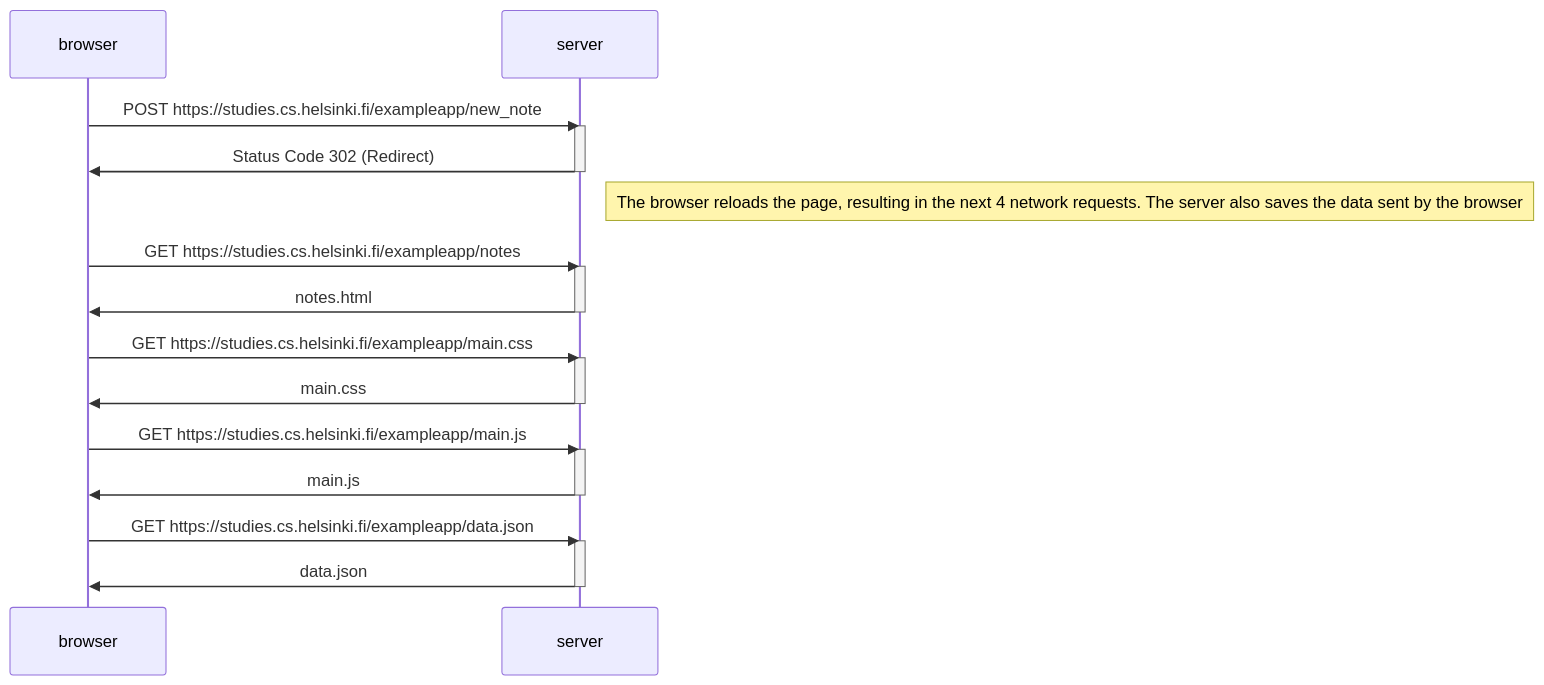
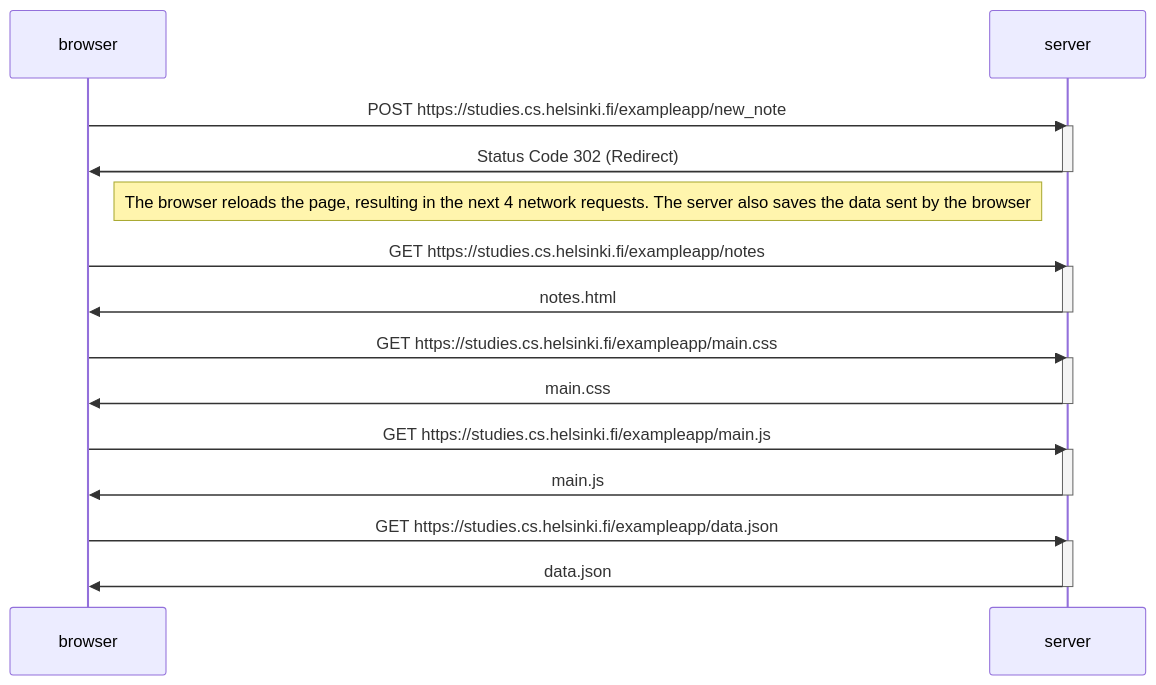
Before and after one commit to vd41702/fullstackopencourse: the diagram in part0/exercise0.4.md, drawn with Mermaid.

Commit message:
move note from right of server to left

````diff
--- a/part0/exercise0.4.md
+++ b/part0/exercise0.4.md
@@ -1,34 +1,34 @@
 ```mermaid
     sequenceDiagram
         participant browser
         participant server
 
         browser->>server: POST https://studies.cs.helsinki.fi/exampleapp/new_note
         activate server
         server->>browser: Status Code 302 (Redirect)
         deactivate server
 
-        Note right of server: The browser reloads the page, resulting in the next 4 network requests. The server also saves the data sent by the browser
+        Note left of server: The browser reloads the page, resulting in the next 4 network requests. The server also saves the data sent by the browser
 
         browser->>server: GET https://studies.cs.helsinki.fi/exampleapp/notes
         activate server
         server->>browser: notes.html
         deactivate server
 
 
         browser->>server: GET https://studies.cs.helsinki.fi/exampleapp/main.css
         activate server
         server->>browser: main.css
         deactivate server
 
 
         browser->>server: GET https://studies.cs.helsinki.fi/exampleapp/main.js
         activate server
         server->>browser: main.js
         deactivate server
 
         browser->>server: GET https://studies.cs.helsinki.fi/exampleapp/data.json
         activate server
         server->>browser: data.json
         deactivate server
 ```
````
